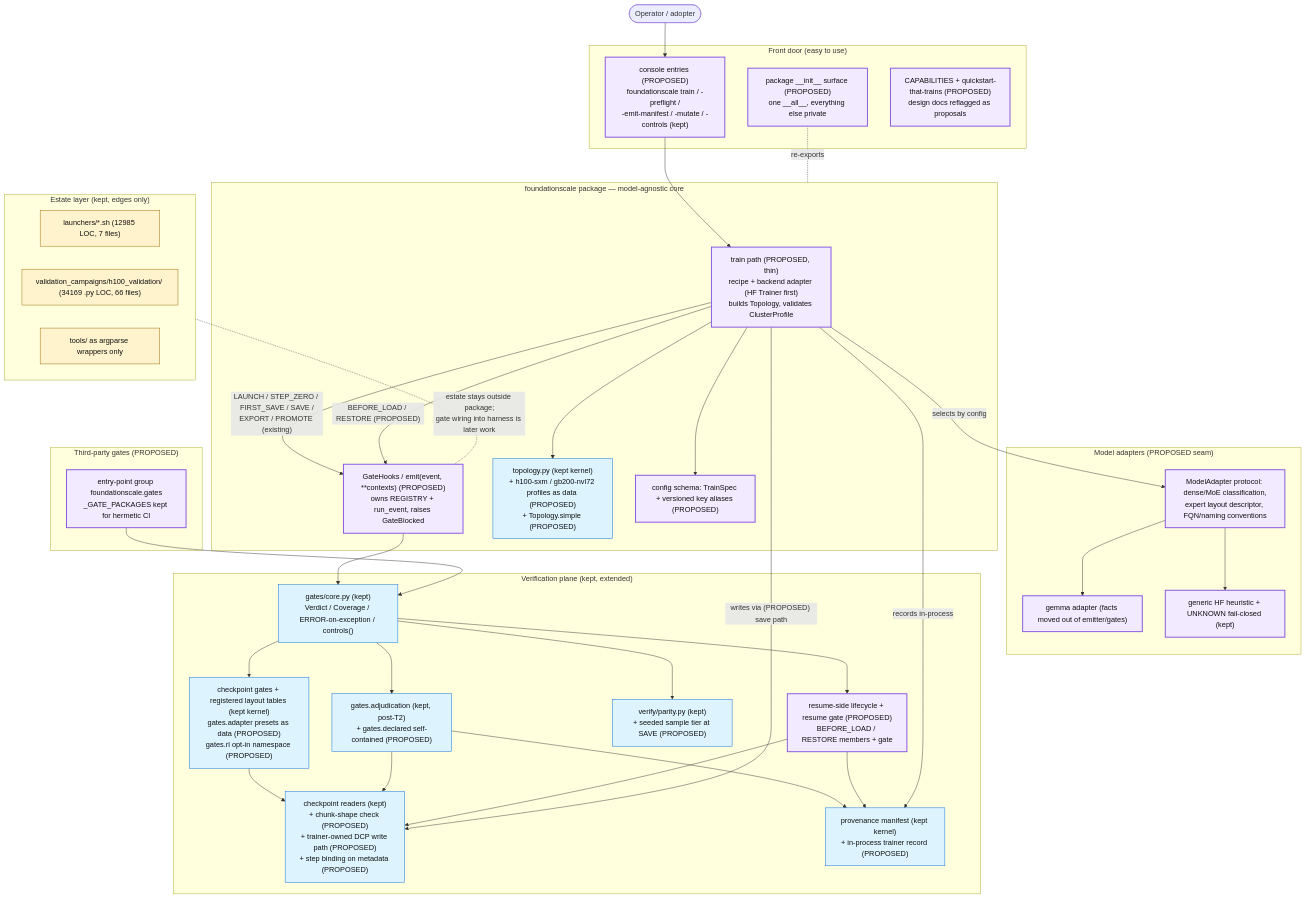
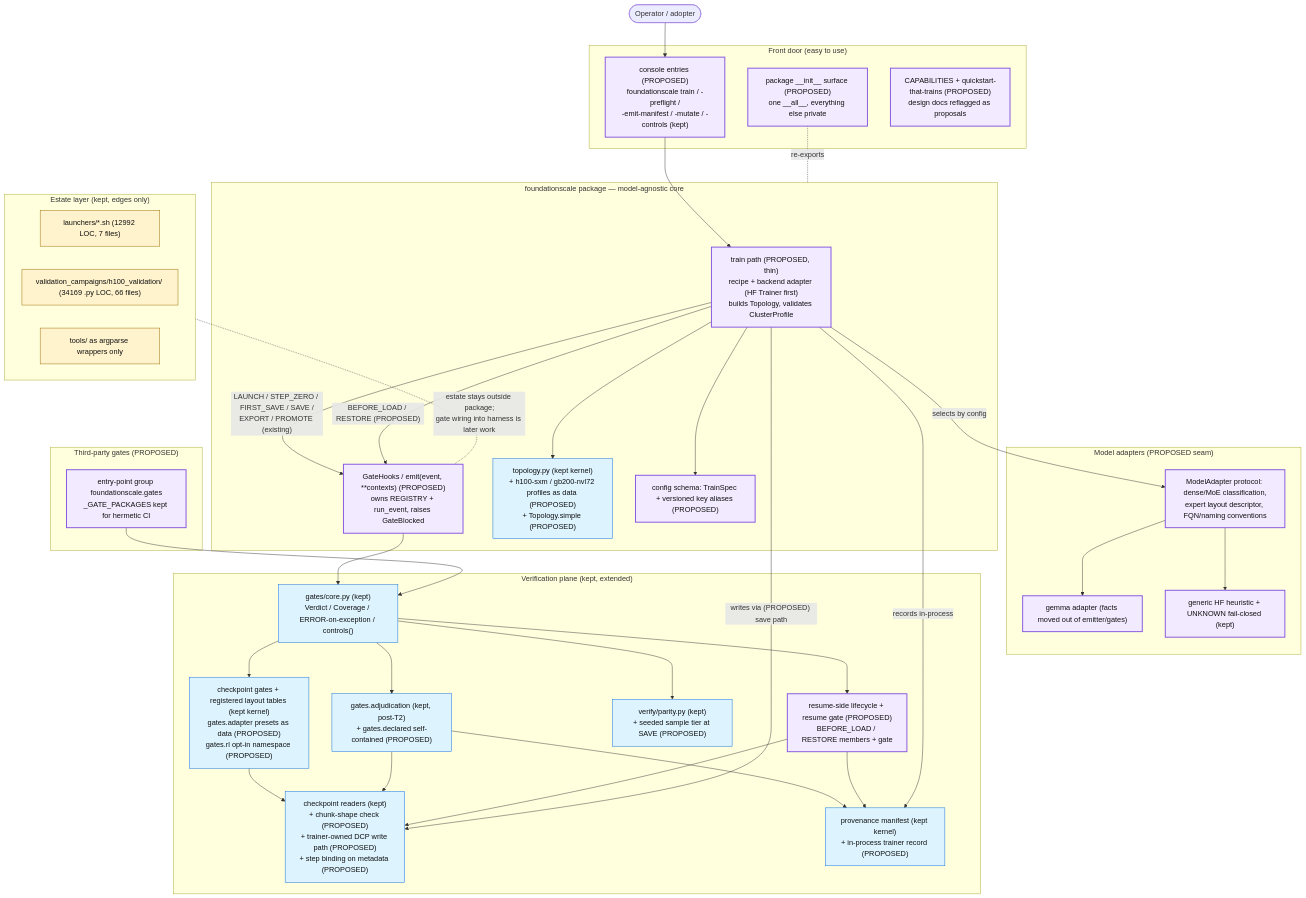
The diagram in docs/review/D5_proposed_architecture.md (TranNhiem/FoundationScale), drawn with Mermaid before and after one commit. The commit also changed other lines of this file and 14 other files, not shown here.

````diff
--- a/docs/review/D5_proposed_architecture.md
+++ b/docs/review/D5_proposed_architecture.md
@@ -13,74 +13,74 @@
 ```mermaid
 flowchart TB
   U(["Operator / adopter"])
 
   subgraph FRONT["Front door (easy to use)"]
     CLI["console entries (PROPOSED)<br/>foundationscale train / -preflight /<br/>-emit-manifest / -mutate / -controls (kept)"]
     SURF["package __init__ surface (PROPOSED)<br/>one __all__, everything else private"]
     DOCS["CAPABILITIES + quickstart-that-trains (PROPOSED)<br/>design docs reflagged as proposals"]
   end
 
   subgraph CORE["foundationscale package — model-agnostic core"]
     TRAIN["train path (PROPOSED, thin)<br/>recipe + backend adapter (HF Trainer first)<br/>builds Topology, validates ClusterProfile"]
     HOOKS["GateHooks / emit(event, **contexts) (PROPOSED)<br/>owns REGISTRY + run_event, raises GateBlocked"]
     TOPO["topology.py (kept kernel)<br/>+ h100-sxm / gb200-nvl72 profiles as data (PROPOSED)<br/>+ Topology.simple (PROPOSED)"]
     CONFIG["config schema: TrainSpec + versioned key aliases (PROPOSED)"]
   end
 
   subgraph ADAPT["Model adapters (PROPOSED seam)"]
     MA["ModelAdapter protocol: dense/MoE classification,<br/>expert layout descriptor, FQN/naming conventions"]
     GEM["gemma adapter (facts moved out of emitter/gates)"]
     HF["generic HF heuristic + UNKNOWN fail-closed (kept)"]
   end
 
   subgraph VERIFY["Verification plane (kept, extended)"]
     GCORE["gates/core.py (kept)<br/>Verdict / Coverage / ERROR-on-exception / controls()"]
     GCK["checkpoint gates + registered layout tables (kept kernel)<br/>gates.adapter presets as data (PROPOSED)<br/>gates.rl opt-in namespace (PROPOSED)"]
     ADJ["gates.adjudication (kept, post-T2)<br/>+ gates.declared self-contained (PROPOSED)"]
     PAR["verify/parity.py (kept)<br/>+ seeded sample tier at SAVE (PROPOSED)"]
     CKIO["checkpoint readers (kept)<br/>+ chunk-shape check (PROPOSED)<br/>+ trainer-owned DCP write path (PROPOSED)<br/>+ step binding on metadata (PROPOSED)"]
     PROV["provenance manifest (kept kernel)<br/>+ in-process trainer record (PROPOSED)"]
     RES["resume-side lifecycle + resume gate (PROPOSED)<br/>BEFORE_LOAD / RESTORE members + gate"]
   end
 
   subgraph PLUG["Third-party gates (PROPOSED)"]
     EP["entry-point group foundationscale.gates<br/>_GATE_PACKAGES kept for hermetic CI"]
   end
 
   subgraph ESTATE["Estate layer (kept, edges only)"]
-    LAU["launchers/*.sh (12985 LOC, 7 files)"]
+    LAU["launchers/*.sh (12992 LOC, 7 files)"]
     H100["validation_campaigns/h100_validation/ (34169 .py LOC, 66 files)"]
     WRAP["tools/ as argparse wrappers only"]
   end
 
   U --> CLI --> TRAIN
   SURF -. re-exports .- CORE
   TRAIN --> TOPO
   TRAIN --> CONFIG
   TRAIN -- "selects by config" --> MA
   MA --> GEM
   MA --> HF
   TRAIN -- "LAUNCH / STEP_ZERO / FIRST_SAVE / SAVE /<br/>EXPORT / PROMOTE (existing)" --> HOOKS
   TRAIN -- "BEFORE_LOAD / RESTORE (PROPOSED)" --> HOOKS
   HOOKS --> GCORE
   EP --> GCORE
   GCORE --> GCK
   GCORE --> ADJ
   GCORE --> PAR
   GCORE --> RES
   GCK --> CKIO
   ADJ --> CKIO
   ADJ --> PROV
   RES --> CKIO
   RES --> PROV
   TRAIN -- "writes via (PROPOSED) save path" --> CKIO
   TRAIN -- "records in-process" --> PROV
   ESTATE -. "estate stays outside package;<br/>gate wiring into harness is later work" .- HOOKS
 
   classDef new fill:#f2eaff,stroke:#8250df,stroke-width:2px,color:#111;
   classDef kept fill:#ddf4ff,stroke:#0969da,color:#111;
   classDef estate fill:#fff3cd,stroke:#9a6700,color:#111;
   class TRAIN,HOOKS,CLI,SURF,DOCS,MA,GEM,HF,RES,EP,CONFIG new;
   class GCORE,GCK,ADJ,PAR,CKIO,PROV,TOPO kept;
   class LAU,H100,WRAP estate;
 ```
````
